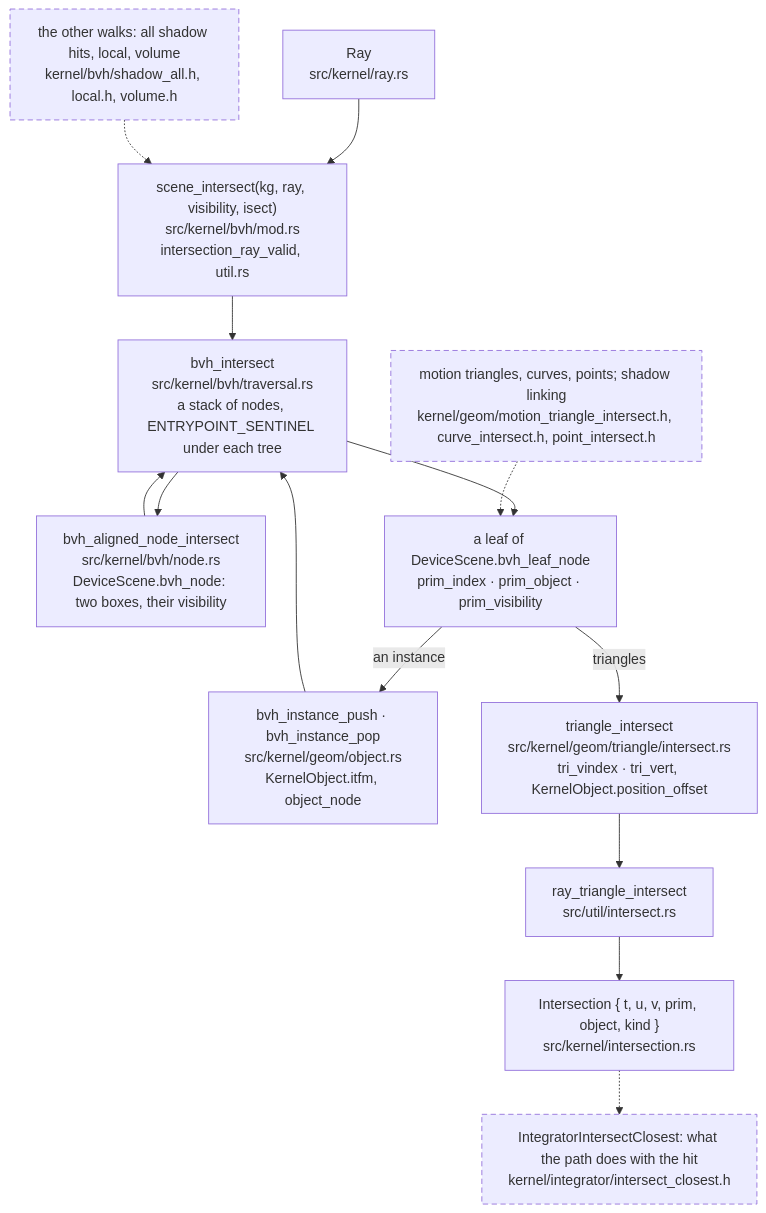
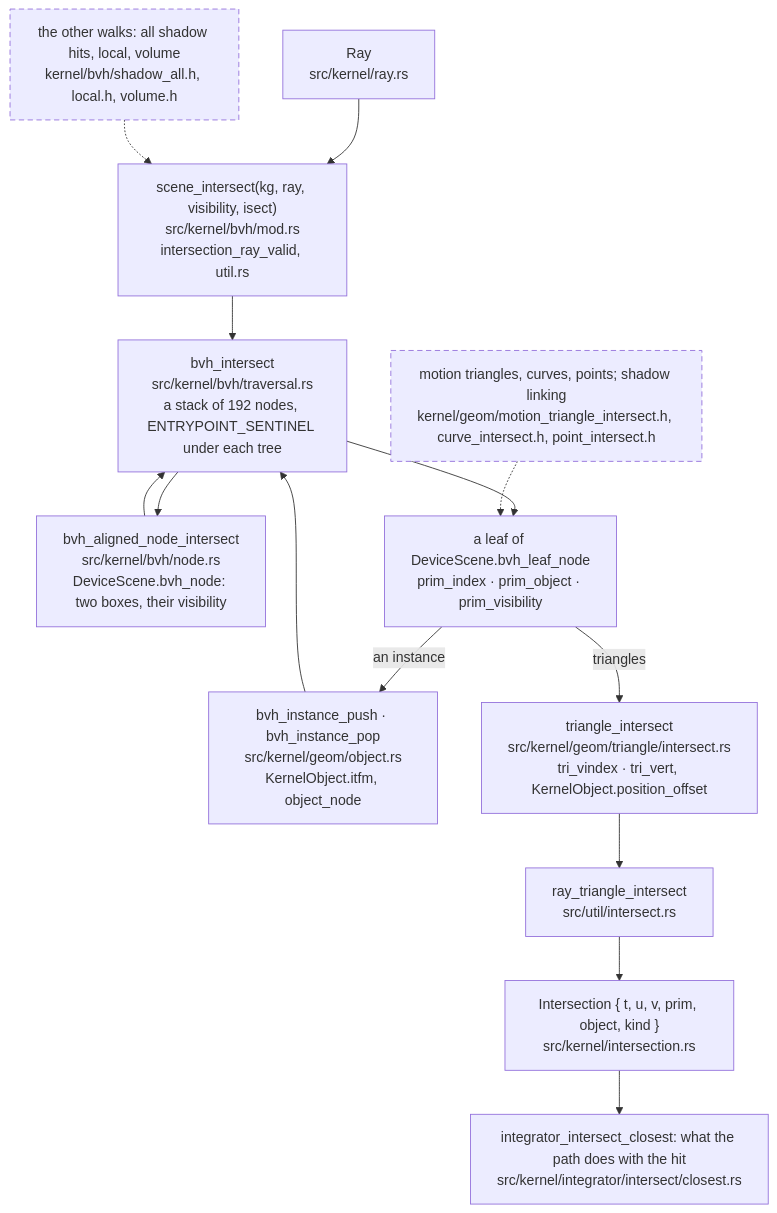
Before and after one commit to gemphi/phikit: diagram 12 of 13 in crates/cycles/FLOW.md, drawn with Mermaid. The commit also changed other lines of this file and 79 other files, not shown here.

First line of the commit message:
cycles: one-word singular names; FLOW and PLAN true for the merged crate

````diff
--- a/crates/cycles/FLOW.md
+++ b/crates/cycles/FLOW.md
@@ -343,25 +343,25 @@
 ```mermaid
 graph TB
     w0["Ray<br/>src/kernel/ray.rs"]
     w1["scene_intersect(kg, ray, visibility, isect)<br/>src/kernel/bvh/mod.rs<br/>intersection_ray_valid, util.rs"]
-    w2["bvh_intersect<br/>src/kernel/bvh/traversal.rs<br/>a stack of nodes, ENTRYPOINT_SENTINEL under each tree"]
+    w2["bvh_intersect<br/>src/kernel/bvh/traversal.rs<br/>a stack of 192 nodes, ENTRYPOINT_SENTINEL under each tree"]
     w3["bvh_aligned_node_intersect<br/>src/kernel/bvh/node.rs<br/>DeviceScene.bvh_node: two boxes, their visibility"]
     w4["a leaf of DeviceScene.bvh_leaf_node<br/>prim_index · prim_object · prim_visibility"]
     w5["bvh_instance_push · bvh_instance_pop<br/>src/kernel/geom/object.rs<br/>KernelObject.itfm, object_node"]
     w6["triangle_intersect<br/>src/kernel/geom/triangle/intersect.rs<br/>tri_vindex · tri_vert, KernelObject.position_offset"]
     w7["ray_triangle_intersect<br/>src/util/intersect.rs"]
     w8["Intersection { t, u, v, prim, object, kind }<br/>src/kernel/intersection.rs"]
     c1["motion triangles, curves, points; shadow linking<br/>kernel/geom/motion_triangle_intersect.h, curve_intersect.h, point_intersect.h"]
     c2["the other walks: all shadow hits, local, volume<br/>kernel/bvh/shadow_all.h, local.h, volume.h"]
-    c3["IntegratorIntersectClosest: what the path does with the hit<br/>kernel/integrator/intersect_closest.h"]
+    c3["integrator_intersect_closest: what the path does with the hit<br/>src/kernel/integrator/intersect/closest.rs"]
     w0 --> w1 --> w2
     w2 --> w3 --> w2
     w2 --> w4
     w4 -->|"an instance"| w5 --> w2
     w4 -->|"triangles"| w6 --> w7 --> w8
     c1 -.-> w4
     c2 -.-> w1
-    w8 -.-> c3
+    w8 --> c3
     classDef todo stroke-dasharray: 6 4;
-    class c1,c2,c3 todo;
+    class c1,c2 todo;
 ```
````
